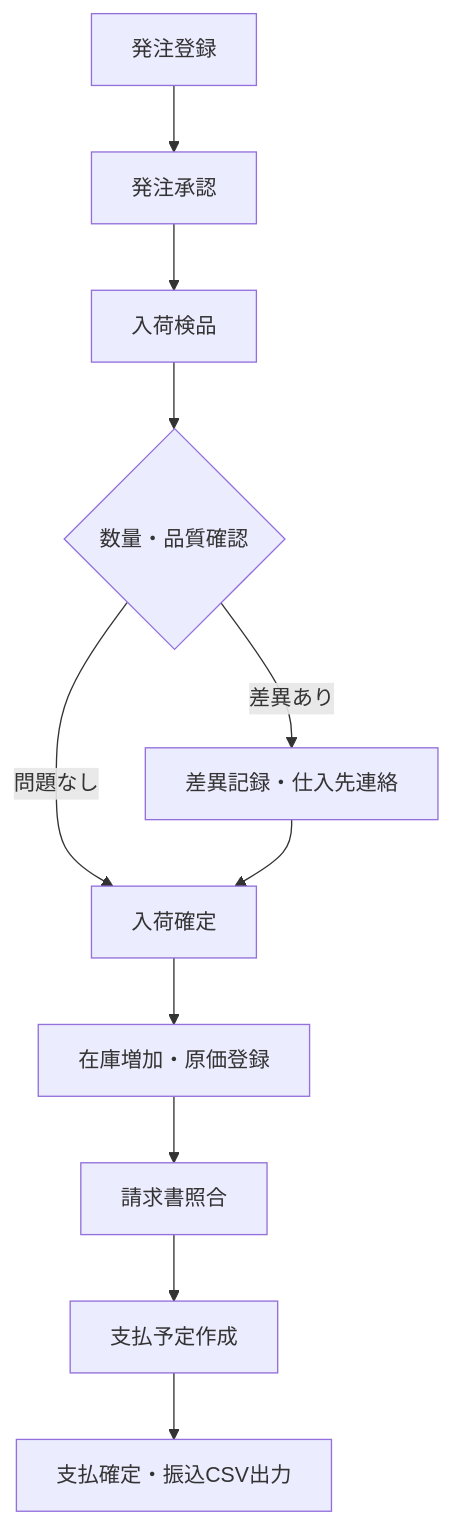
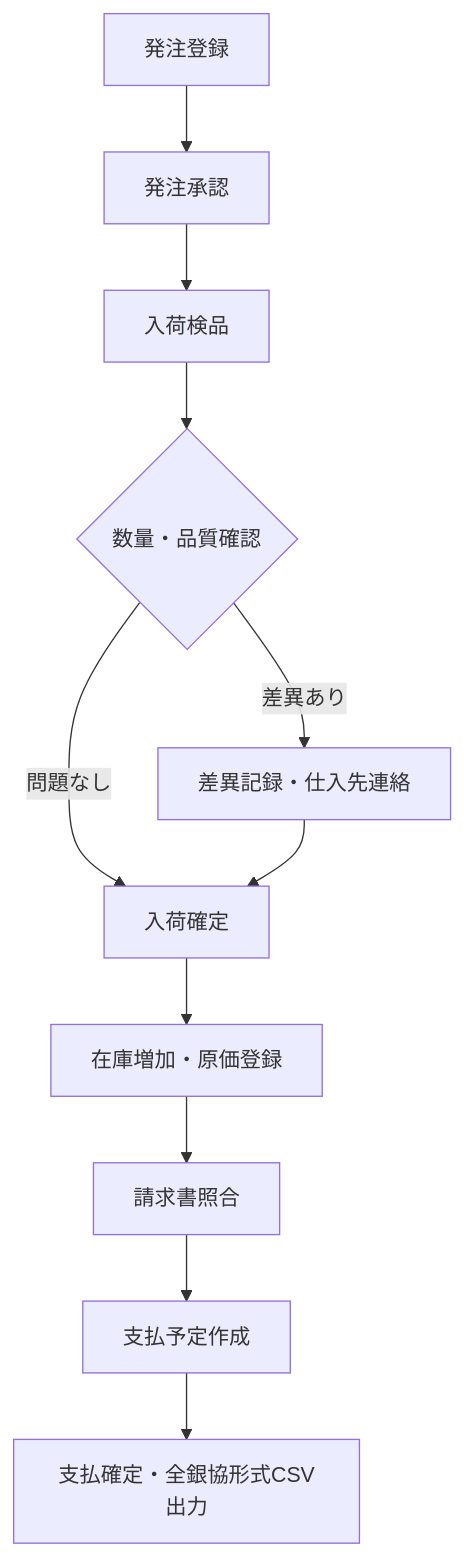
The seventh of 7 diagrams in Docs/基本設計/仕入システム_基本設計書.md (KoukiKimura/JASuppliers), drawn with Mermaid before and after one commit. The commit also changed other lines of this file and 2 other files, not shown here.

````diff
--- a/Docs/基本設計/仕入システム_基本設計書.md
+++ b/Docs/基本設計/仕入システム_基本設計書.md
@@ -431,13 +451,13 @@
 ```mermaid
 flowchart TD
     A[発注登録] --> B[発注承認]
     B --> C[入荷検品]
     C --> D{数量・品質確認}
     D -- 差異あり --> E[差異記録・仕入先連絡]
     D -- 問題なし --> F[入荷確定]
     E --> F
     F --> G[在庫増加・原価登録]
     G --> H[請求書照合]
     H --> I[支払予定作成]
-    I --> J[支払確定・振込CSV出力]
+    I --> J[支払確定・全銀協形式CSV出力]
 ```
````
